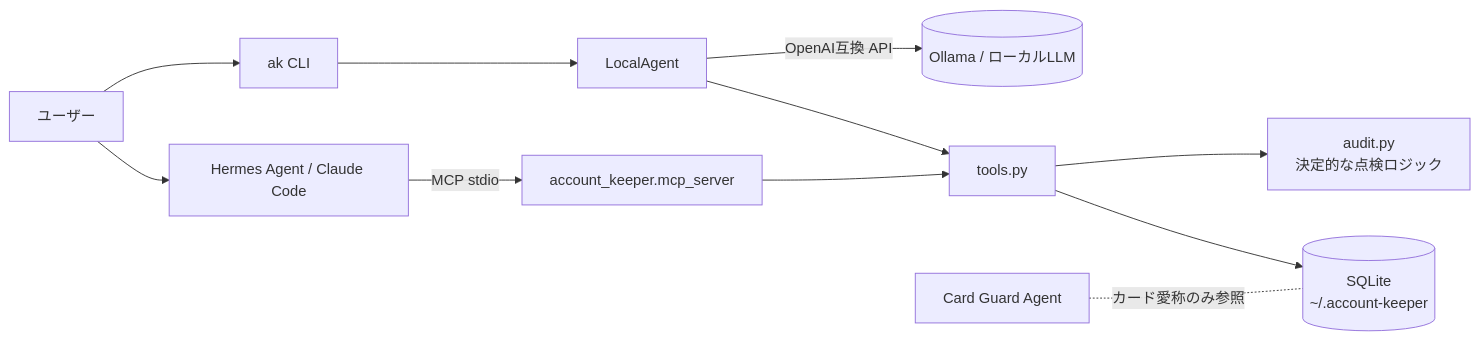
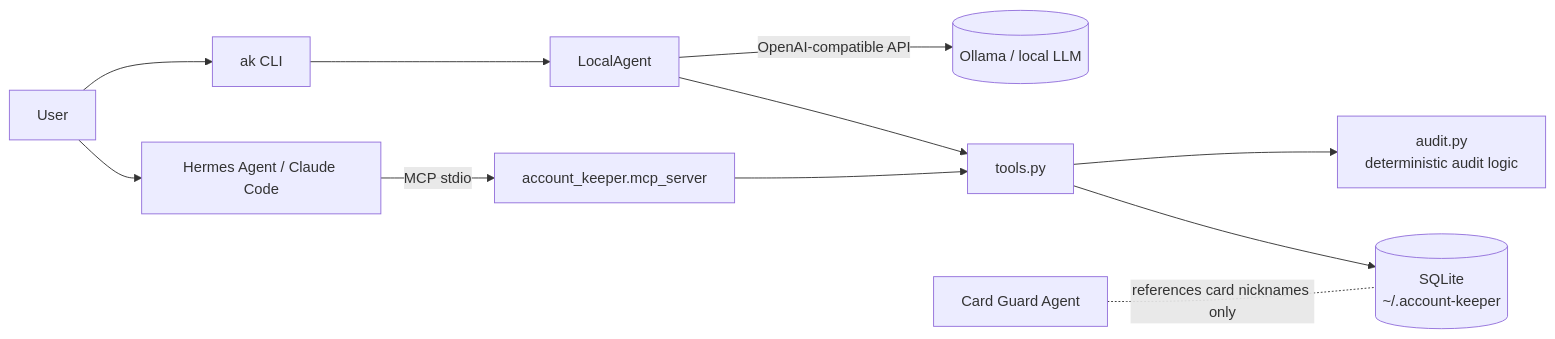
Before and after one commit to johnknash2025/account-keeper-agent: the diagram in README.md, drawn with Mermaid. The commit also changed other lines of this file and 1 other file, not shown here.

````diff
--- a/README.md
+++ b/README.md
@@ -92,13 +94,13 @@
 ```mermaid
 flowchart LR
-  U[ユーザー] --> CLI[ak CLI]
+  U[User] --> CLI[ak CLI]
   U --> H[Hermes Agent / Claude Code]
   H -- MCP stdio --> M[account_keeper.mcp_server]
   CLI --> A[LocalAgent]
-  A -- OpenAI互換 API --> L[(Ollama / ローカルLLM)]
+  A -- OpenAI-compatible API --> L[(Ollama / local LLM)]
   A --> T[tools.py]
   M --> T
-  T --> AU[audit.py<br/>決定的な点検ロジック]
+  T --> AU[audit.py<br/>deterministic audit logic]
   T --> S[(SQLite<br/>~/.account-keeper)]
-  CG[Card Guard Agent] -. カード愛称のみ参照 .- S
+  CG[Card Guard Agent] -. references card nicknames only .- S
 ```
````
